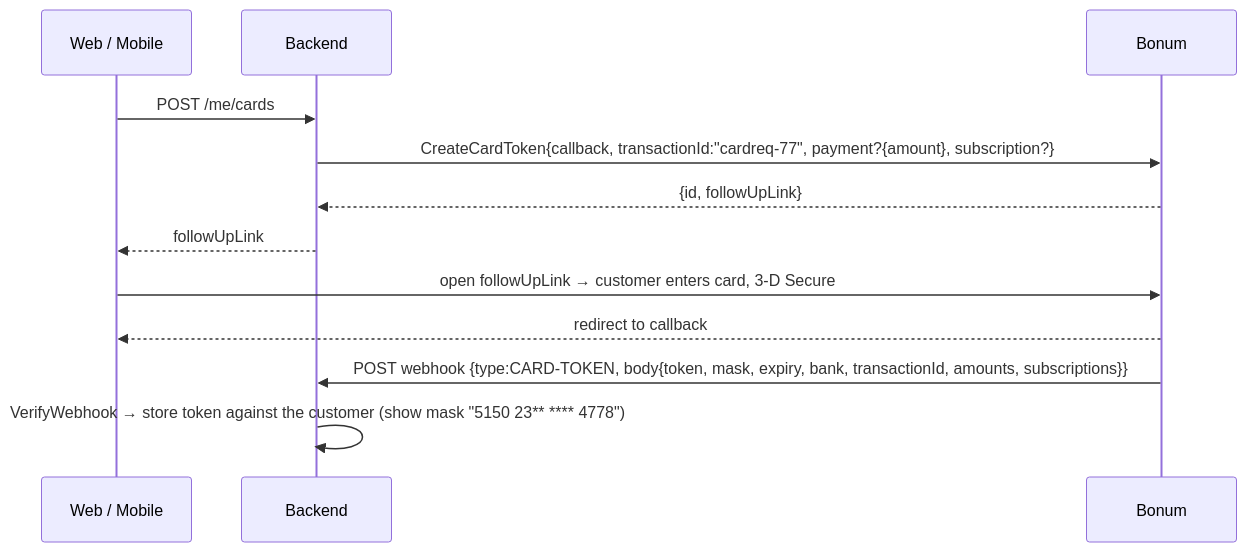
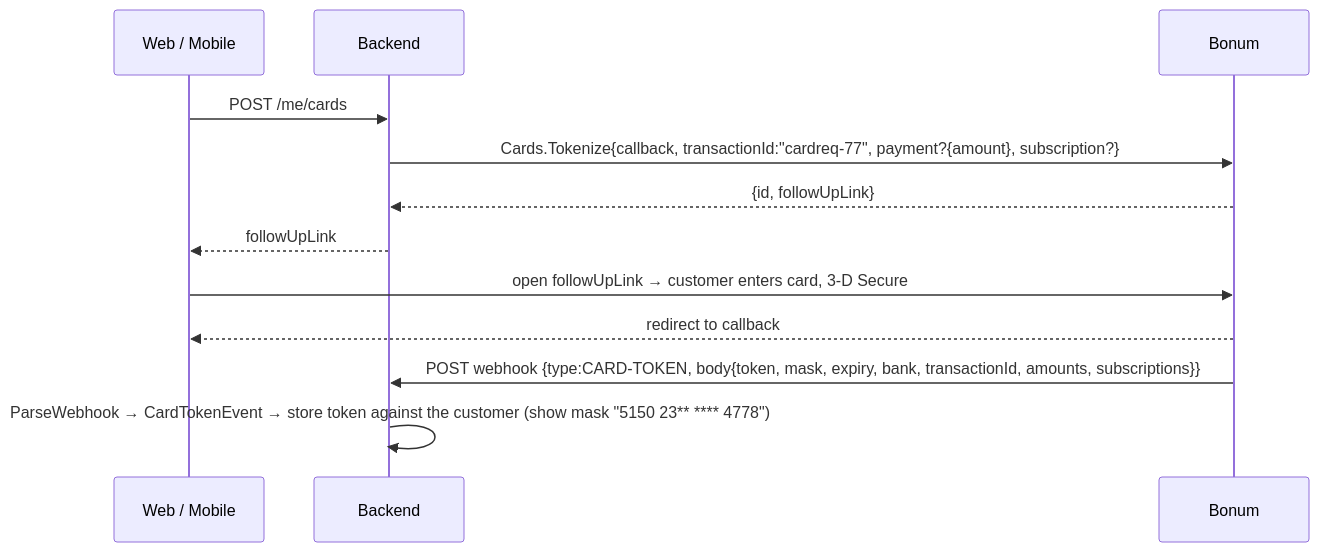
Before and after one commit to techpartners-asia/bonum-go: the third of 7 diagrams in FLOW.md, drawn with Mermaid. The commit also changed other lines of this file and 47 other files, not shown here.

````diff
--- a/FLOW.md
+++ b/FLOW.md
@@ -88,14 +90,14 @@
 ```mermaid
 sequenceDiagram
     participant C as Web / Mobile
     participant B as Backend
     participant G as Bonum
     C->>B: POST /me/cards
-    B->>G: CreateCardToken{callback, transactionId:"cardreq-77", payment?{amount}, subscription?}
+    B->>G: Cards.Tokenize{callback, transactionId:"cardreq-77", payment?{amount}, subscription?}
     G-->>B: {id, followUpLink}
     B-->>C: followUpLink
     C->>G: open followUpLink → customer enters card, 3-D Secure
     G-->>C: redirect to callback
     G->>B: POST webhook {type:CARD-TOKEN, body{token, mask, expiry, bank, transactionId, amounts, subscriptions}}
-    B->>B: VerifyWebhook → store token against the customer (show mask "5150 23** **** 4778")
+    B->>B: ParseWebhook → CardTokenEvent → store token against the customer (show mask "5150 23** **** 4778")
 ```
````
